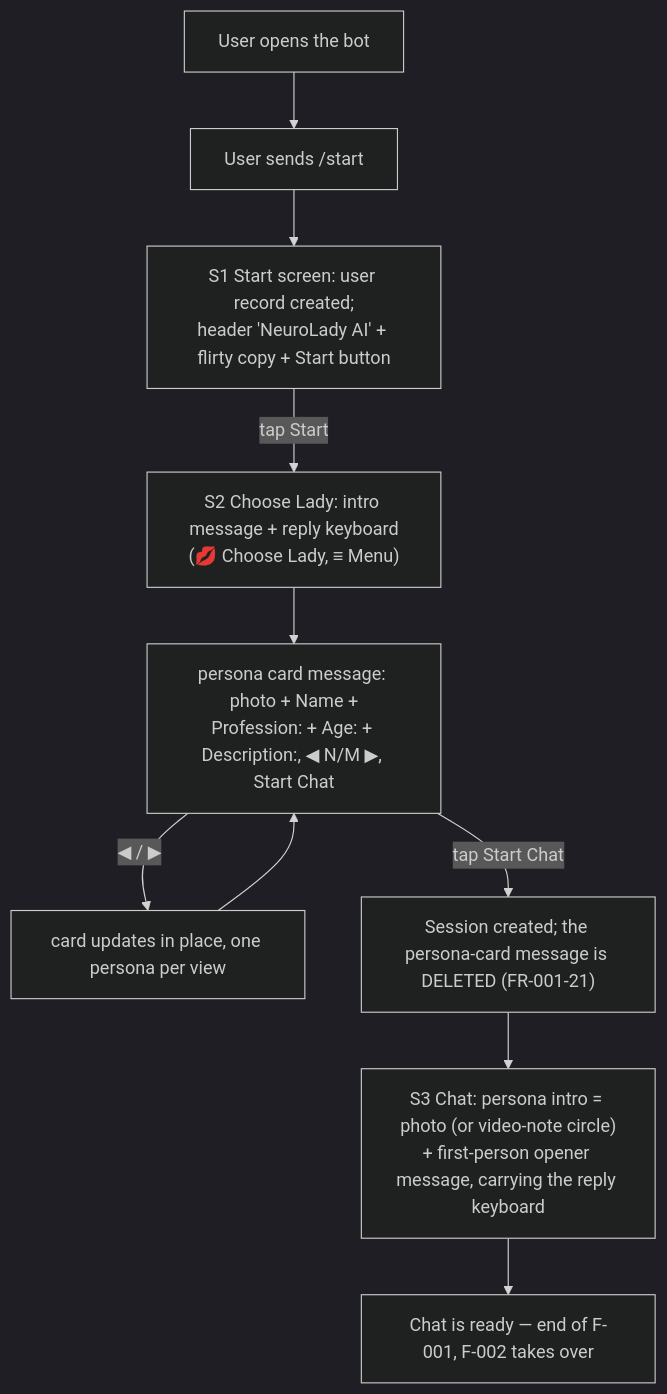
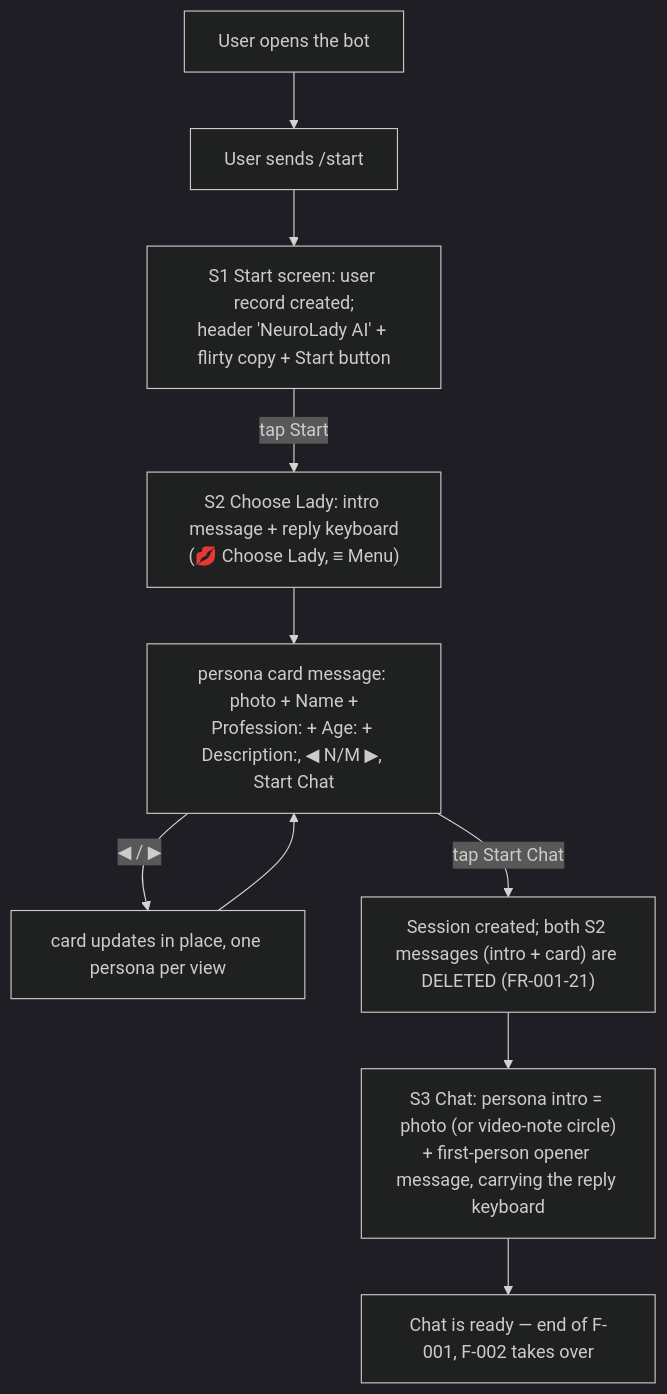
One commit to b3ly4ck/NeuroLady_Persona_Engine changed the first of 3 diagrams in developer files/features/F-001-onboarding-persona-selection.md. Above: the diagram before and after it, drawn with Mermaid (dark theme). The commit also changed other lines of this file and 5 other files, not shown here.

````diff
--- a/developer files/features/F-001-onboarding-persona-selection.md
+++ b/developer files/features/F-001-onboarding-persona-selection.md
@@ -59,12 +59,12 @@
 ```mermaid
 flowchart TD
     A[User opens the bot] --> B[User sends /start]
     B --> C["S1 Start screen: user record created;<br/>header 'NeuroLady AI' + flirty copy + Start button"]
     C -->|tap Start| D["S2 Choose Lady: intro message + reply keyboard<br/>(💋 Choose Lady, ≡ Menu)"]
     D --> E["persona card message: photo + Name +<br/>Profession: + Age: + Description:, ◀ N/M ▶, Start Chat"]
     E -->|◀ / ▶| E2["card updates in place, one persona per view"]
     E2 --> E
-    E -->|tap Start Chat| F["Session created; the persona-card message is DELETED (FR-001-21)"]
+    E -->|tap Start Chat| F["Session created; both S2 messages (intro + card) are DELETED (FR-001-21)"]
     F --> G["S3 Chat: persona intro = photo (or video-note circle)<br/>+ first-person opener message, carrying the reply keyboard"]
     G --> I[Chat is ready — end of F-001, F-002 takes over]
 ```
````
